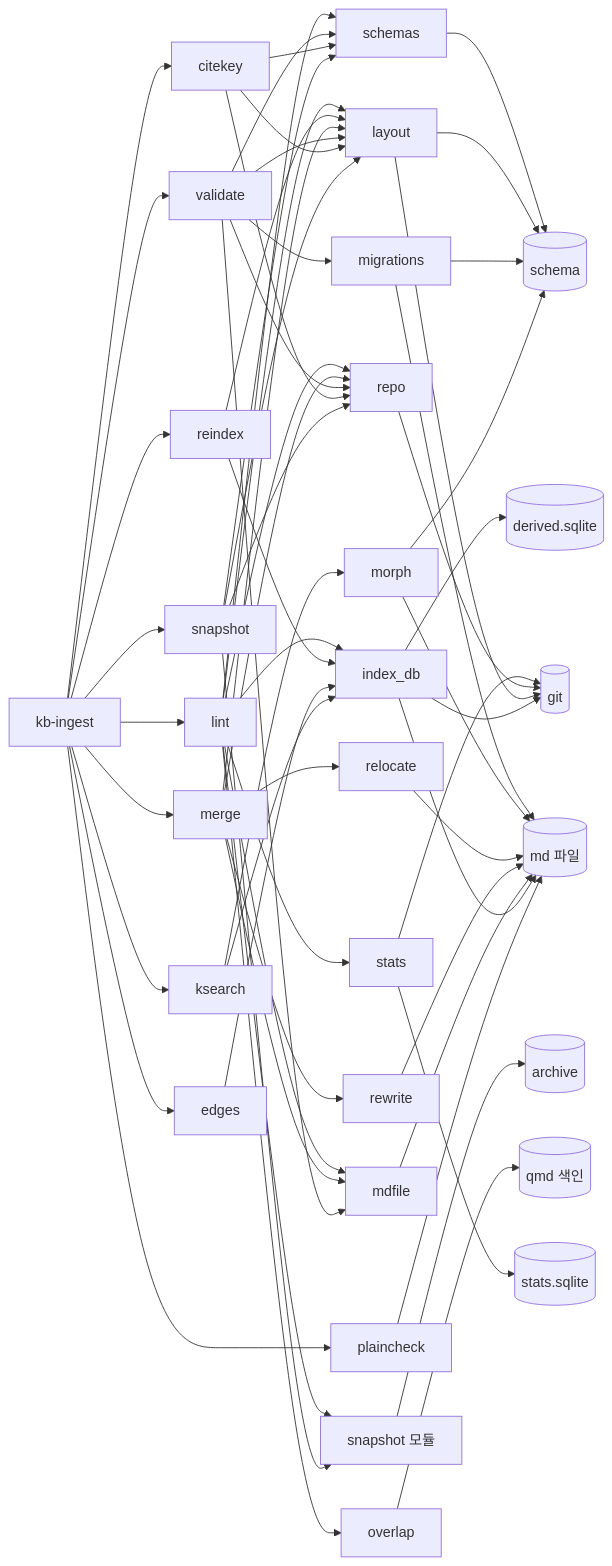
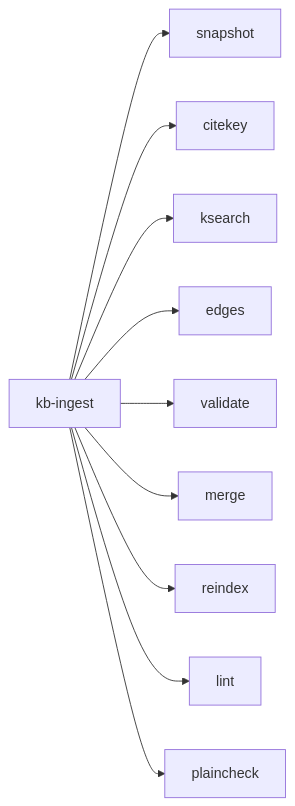
The first of 7 diagrams in core/.agents/review/07-스킬별-종속.md (alteralab/syntopicon), drawn with Mermaid before and after one commit. The commit also changed other lines of this file and 1 other file, not shown here.

````diff
--- a/core/.agents/review/07-스킬별-종속.md
+++ b/core/.agents/review/07-스킬별-종속.md
@@ -27,37 +25,6 @@
 ```mermaid
 graph LR
-    S["kb-ingest"]
-
-    S --> T1["snapshot"]
-    S --> T2["citekey"]
-    S --> T3["ksearch"]
-    S --> T4["edges"]
-    S --> T5["validate"]
-    S --> T6["merge"]
-    S --> T7["reindex"]
-    S --> T8["lint"]
-    S --> T9["plaincheck"]
-
-    T1 --> M_lay["layout"] & M_repo["repo"] & M_sch["schemas"] & M_snap["snapshot 모듈"]
-    T2 --> M_lay & M_repo & M_sch
-    T3 --> M_idx["index_db"] & M_mor["morph"]
-    T4 --> M_idx
-    T5 --> M_lay & M_md["mdfile"] & M_mig["migrations"] & M_repo & M_sch
-    T6 --> M_lay & M_md & M_rel["relocate"] & M_repo & M_rw["rewrite"]
-    T7 --> M_idx & M_lay
-    T8 --> M_idx & M_lay & M_md & M_ovl["overlap"] & M_repo & M_sch & M_snap & M_sta["stats"]
-    T9 --> D_md
-
-    M_idx --> D_md[("md 파일")] & D_der[("derived.sqlite")] & D_git[("git")]
-    M_md --> D_md
-    M_rw --> D_md
-    M_rel --> D_md
-    M_mor --> D_md & D_sch[("schema")]
-    M_mig --> D_md & D_sch
-    M_lay --> D_git & D_sch
-    M_sch --> D_sch
-    M_repo --> D_git
-    M_snap --> D_arc[("archive")]
-    M_ovl --> D_qmd[("qmd 색인")]
-    M_sta --> D_sta[("stats.sqlite")] & D_git
+    S["kb-ingest"] --> A["snapshot"] & B["citekey"] & C["ksearch"]
+    S --> D["edges"] & E["validate"] & F["merge"]
+    S --> G["reindex"] & H["lint"] & I["plaincheck"]
 ```
````
